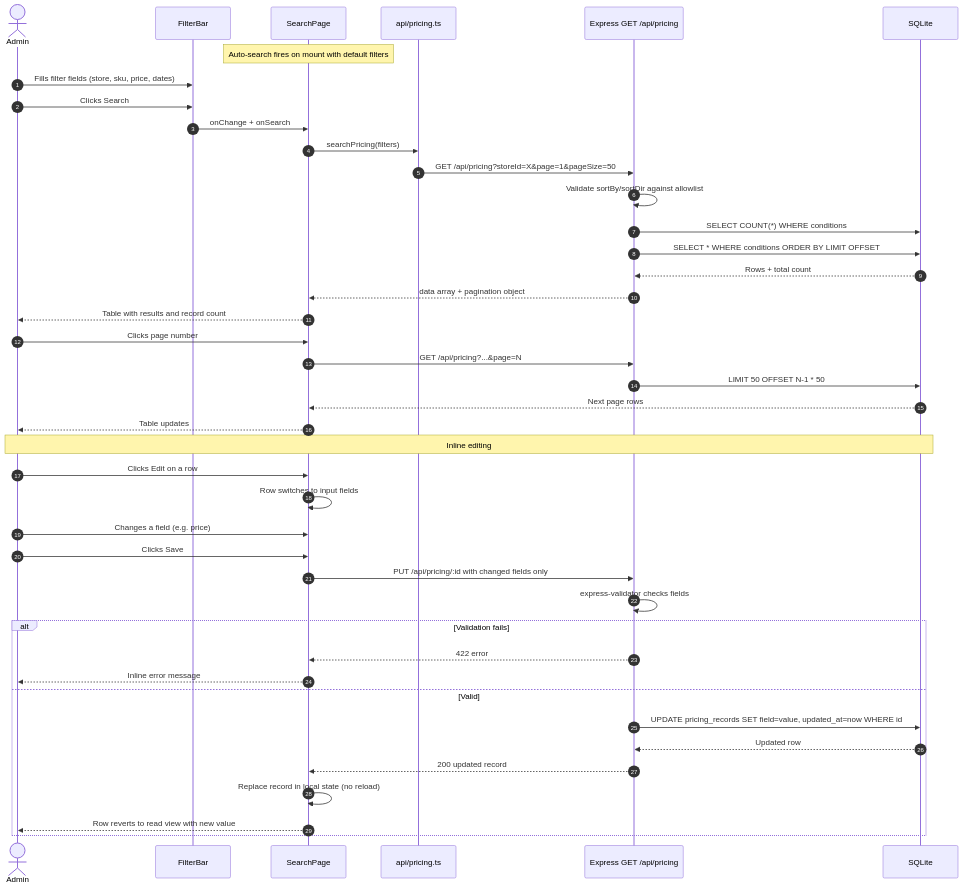
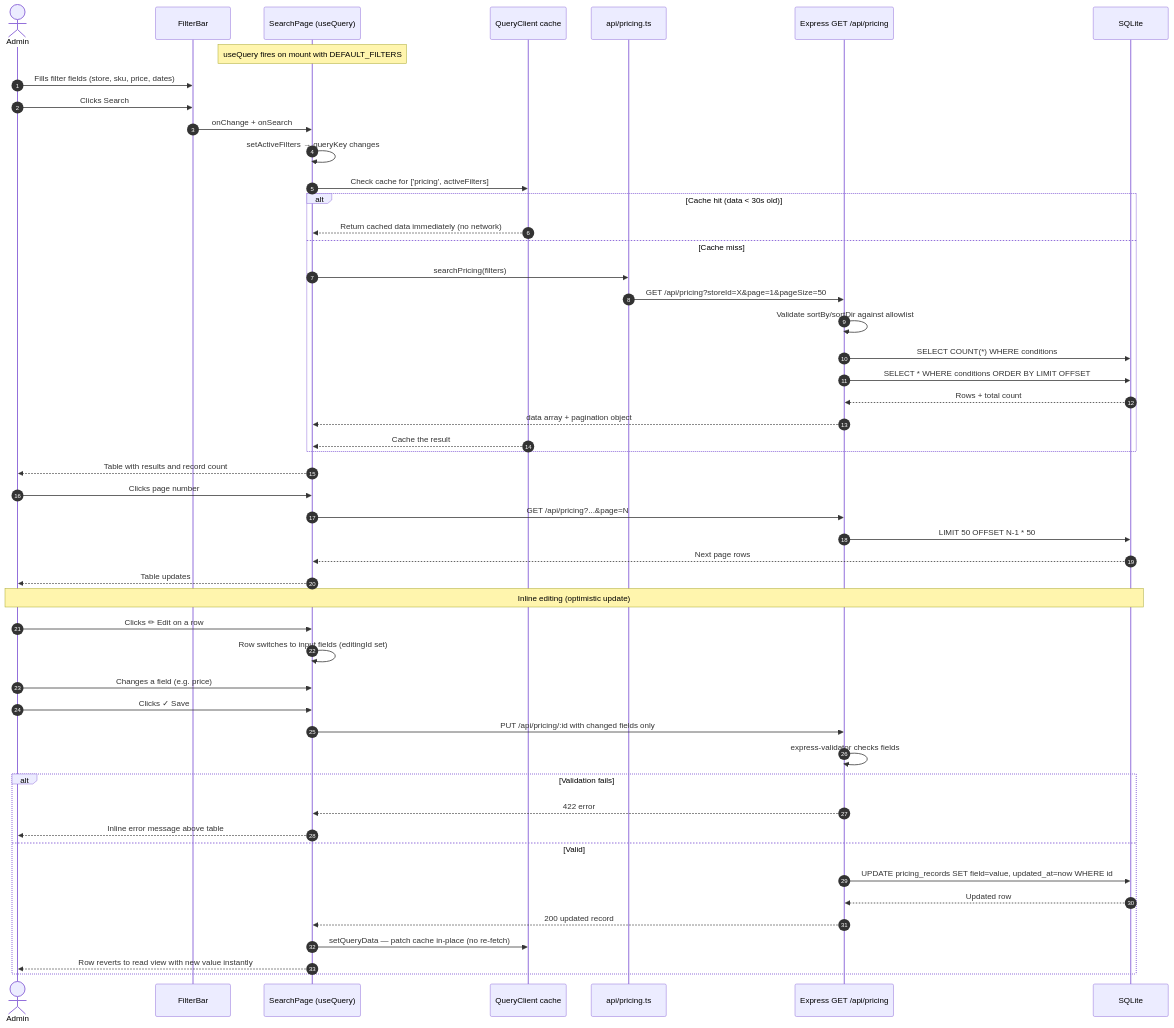
One commit to bharathikannano/tigeranalytics changed the fourth of 4 diagrams in ARCHITECTURE.md. Above: the diagram before and after it, drawn with Mermaid. The commit also changed other lines of this file and 3 other files, not shown here.

Commit message:
Optimize PricingTable with Cell component, update ARCHITECTURE docs

````diff
--- a/ARCHITECTURE.md
+++ b/ARCHITECTURE.md
@@ -156,52 +166,61 @@
 ```mermaid
 sequenceDiagram
     autonumber
     actor U  as Admin
     participant FB as FilterBar
-    participant SP as SearchPage
+    participant SP as SearchPage (useQuery)
+    participant QC as QueryClient cache
     participant API as api/pricing.ts
     participant SRV as Express GET /api/pricing
     participant DB  as SQLite
 
-    Note over SP: Auto-search fires on mount with default filters
+    Note over SP: useQuery fires on mount with DEFAULT_FILTERS
 
     U  ->> FB  : Fills filter fields (store, sku, price, dates)
     U  ->> FB  : Clicks Search
     FB ->> SP  : onChange + onSearch
-    SP ->> API : searchPricing(filters)
-    API ->> SRV: GET /api/pricing?storeId=X&page=1&pageSize=50
+    SP ->> SP  : setActiveFilters → queryKey changes
+    SP ->> QC  : Check cache for ['pricing', activeFilters]
 
-    SRV ->> SRV: Validate sortBy/sortDir against allowlist
-    SRV ->> DB : SELECT COUNT(*) WHERE conditions
-    SRV ->> DB : SELECT * WHERE conditions ORDER BY LIMIT OFFSET
-    DB  -->> SRV: Rows + total count
-    SRV -->> SP : data array + pagination object
+    alt Cache hit (data < 30s old)
+        QC -->> SP: Return cached data immediately (no network)
+    else Cache miss
+        SP ->> API : searchPricing(filters)
+        API ->> SRV: GET /api/pricing?storeId=X&page=1&pageSize=50
+        SRV ->> SRV: Validate sortBy/sortDir against allowlist
+        SRV ->> DB : SELECT COUNT(*) WHERE conditions
+        SRV ->> DB : SELECT * WHERE conditions ORDER BY LIMIT OFFSET
+        DB  -->> SRV: Rows + total count
+        SRV -->> SP : data array + pagination object
+        QC  -->> SP : Cache the result
+    end
+
     SP  -->> U  : Table with results and record count
 
     U  ->> SP  : Clicks page number
     SP ->> SRV : GET /api/pricing?...&page=N
     SRV ->> DB : LIMIT 50 OFFSET N-1 * 50
     DB  -->> SP : Next page rows
     SP  -->> U  : Table updates
 
-    Note over U,DB: Inline editing
+    Note over U,DB: Inline editing (optimistic update)
 
-    U  ->> SP  : Clicks Edit on a row
-    SP ->> SP  : Row switches to input fields
+    U  ->> SP  : Clicks ✏ Edit on a row
+    SP ->> SP  : Row switches to input fields (editingId set)
     U  ->> SP  : Changes a field (e.g. price)
-    U  ->> SP  : Clicks Save
+    U  ->> SP  : Clicks ✓ Save
 
     SP ->> SRV : PUT /api/pricing/:id with changed fields only
     SRV ->> SRV: express-validator checks fields
 
     alt Validation fails
         SRV -->> SP: 422 error
-        SP  -->> U : Inline error message
+        SP  -->> U : Inline error message above table
     else Valid
         SRV ->> DB : UPDATE pricing_records SET field=value, updated_at=now WHERE id
         DB  -->> SRV: Updated row
         SRV -->> SP : 200 updated record
-        SP  ->> SP  : Replace record in local state (no reload)
-        SP  -->> U  : Row reverts to read view with new value
+        SP  ->> QC  : setQueryData — patch cache in-place (no re-fetch)
+        SP  -->> U  : Row reverts to read view with new value instantly
     end
 ```
````
